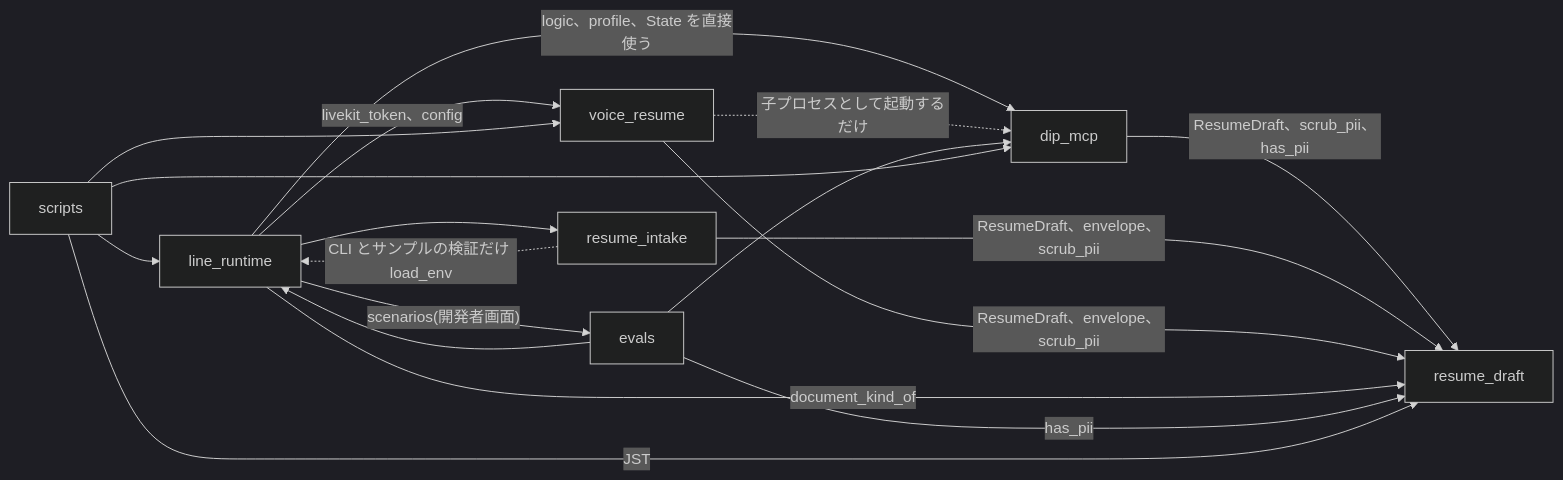
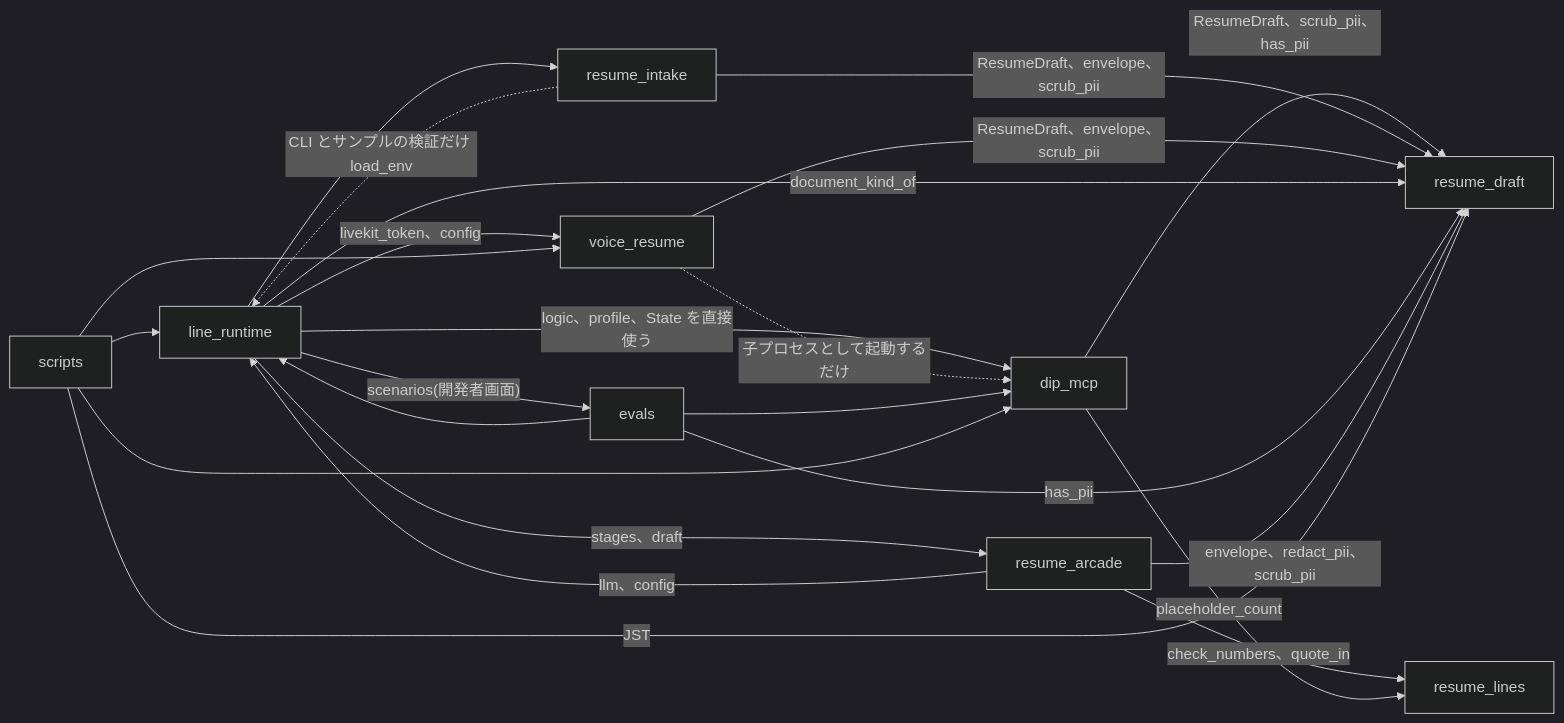
One commit to jyoka/aica changed the third of 12 diagrams in docs/architecture/hld.md. Above: the diagram before and after it, drawn with Mermaid (dark theme). The commit also changed other lines of this file and 35 other files, not shown here.

Commit message:
task 188: Resume Arcade (3/3): AIと職務経歴書をaicaにつなぐ

````diff
--- a/docs/architecture/hld.md
+++ b/docs/architecture/hld.md
@@ -283,28 +292,35 @@
 ```mermaid
 flowchart LR
     lr["line_runtime"]
     dm["dip_mcp"]
     ri["resume_intake"]
     vr["voice_resume"]
     rd["resume_draft"]
     ev["evals"]
     sc["scripts"]
+    ra["resume_arcade"]
+    rl["resume_lines"]
 
     lr -- "logic、profile、State を直接使う" --> dm
     lr -- "scenarios(開発者画面)" --> ev
     lr --> ri
     lr -- "livekit_token、config" --> vr
     dm -- "ResumeDraft、scrub_pii、has_pii" --> rd
     ri -- "ResumeDraft、envelope、scrub_pii" --> rd
     vr -- "ResumeDraft、envelope、scrub_pii" --> rd
     lr -- "document_kind_of" --> rd
     ev -- "has_pii" --> rd
+    lr -- "stages、draft" --> ra
+    ra -- "llm、config" --> lr
+    ra -- "envelope、redact_pii、scrub_pii" --> rd
+    ra -- "check_numbers、quote_in" --> rl
+    dm -- "placeholder_count" --> rl
     sc -- "JST" --> rd
     ri -. "CLI とサンプルの検証だけ load_env" .-> lr
     vr -. "子プロセスとして起動するだけ" .-> dm
     ev --> lr
     ev --> dm
     sc --> lr
     sc --> dm
     sc --> vr
 ```
````
